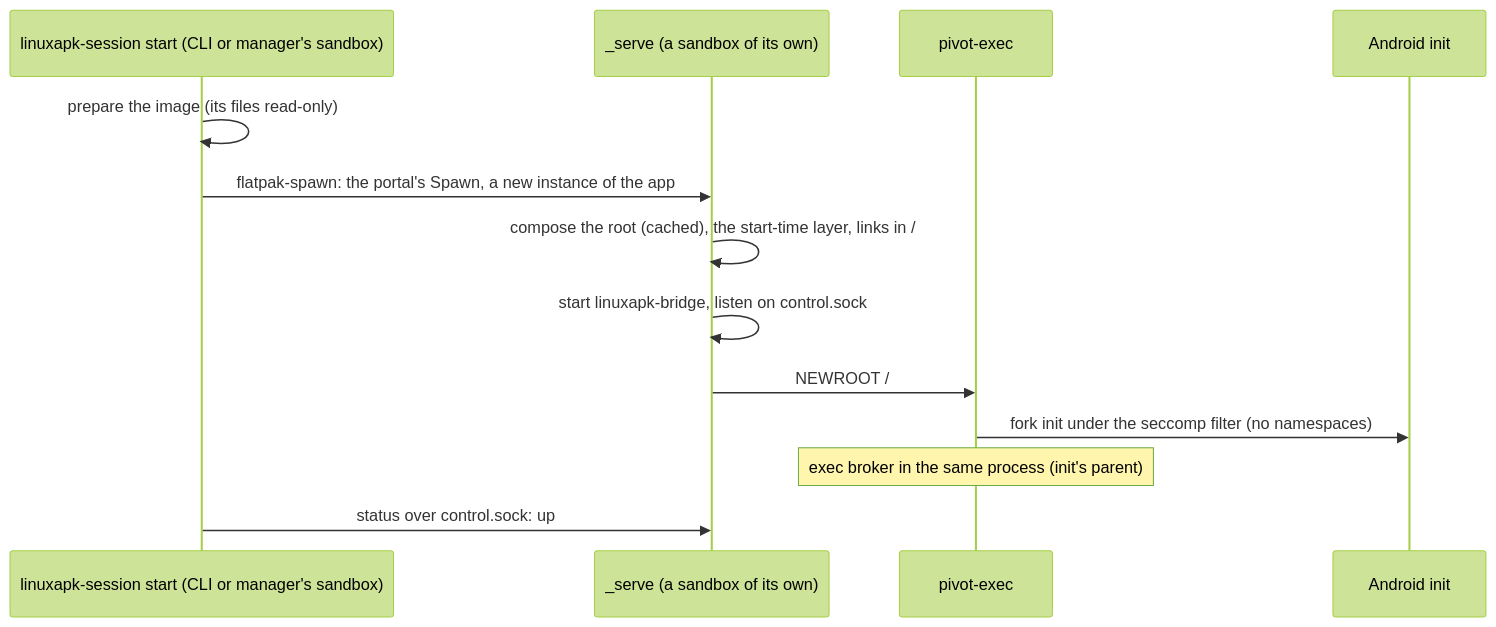
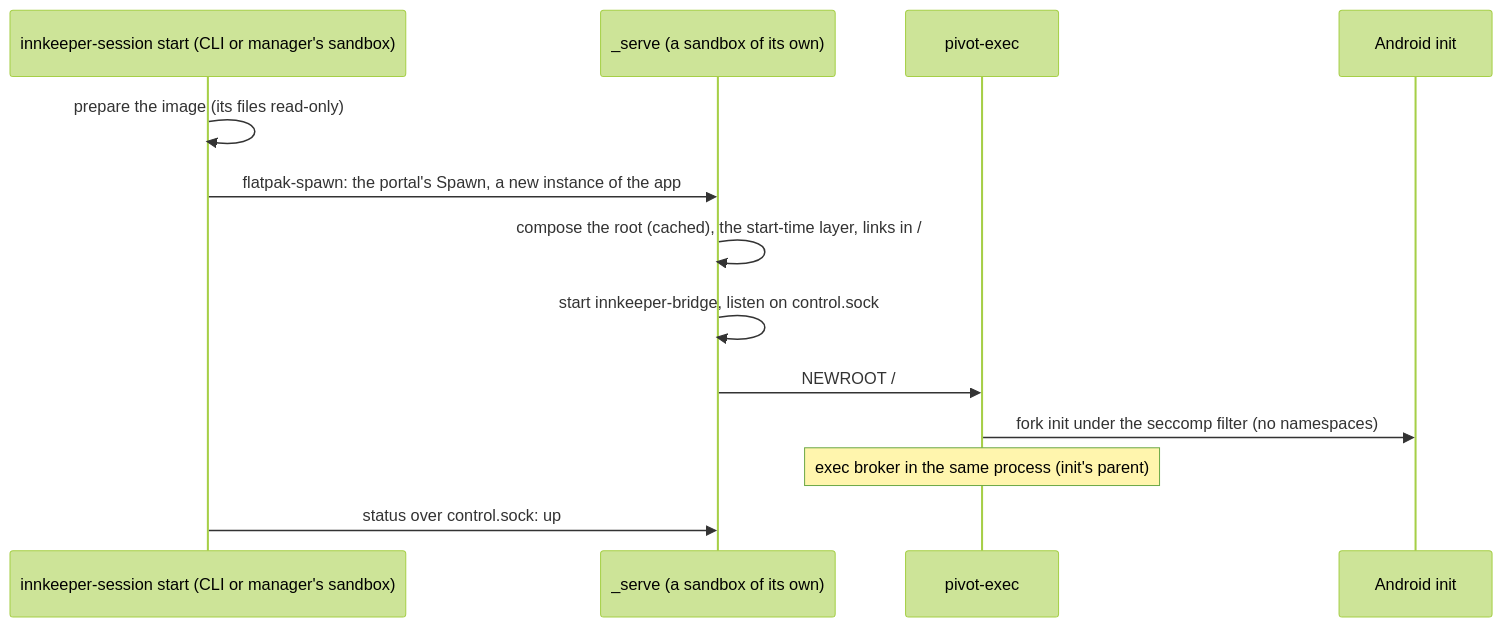
The first of 3 diagrams in docs/session.md (sargunv/innkeeper), drawn with Mermaid (forest theme) before and after one commit. The commit also changed other lines of this file and 671 other files, not shown here.

````diff
--- a/docs/session.md
+++ b/docs/session.md
@@ -19,15 +19,15 @@
 ```mermaid
 sequenceDiagram
-  participant C as linuxapk-session start (CLI or manager's sandbox)
+  participant C as innkeeper-session start (CLI or manager's sandbox)
   participant S as _serve (a sandbox of its own)
   participant P as pivot-exec
   participant I as Android init
   C->>C: prepare the image (its files read-only)
   C->>S: flatpak-spawn: the portal's Spawn, a new instance of the app
   S->>S: compose the root (cached), the start-time layer, links in /
-  S->>S: start linuxapk-bridge, listen on control.sock
+  S->>S: start innkeeper-bridge, listen on control.sock
   S->>P: NEWROOT /
   P->>I: fork init under the seccomp filter (no namespaces)
   Note over P: exec broker in the same process (init's parent)
   C->>S: status over control.sock: up
 ```
````
